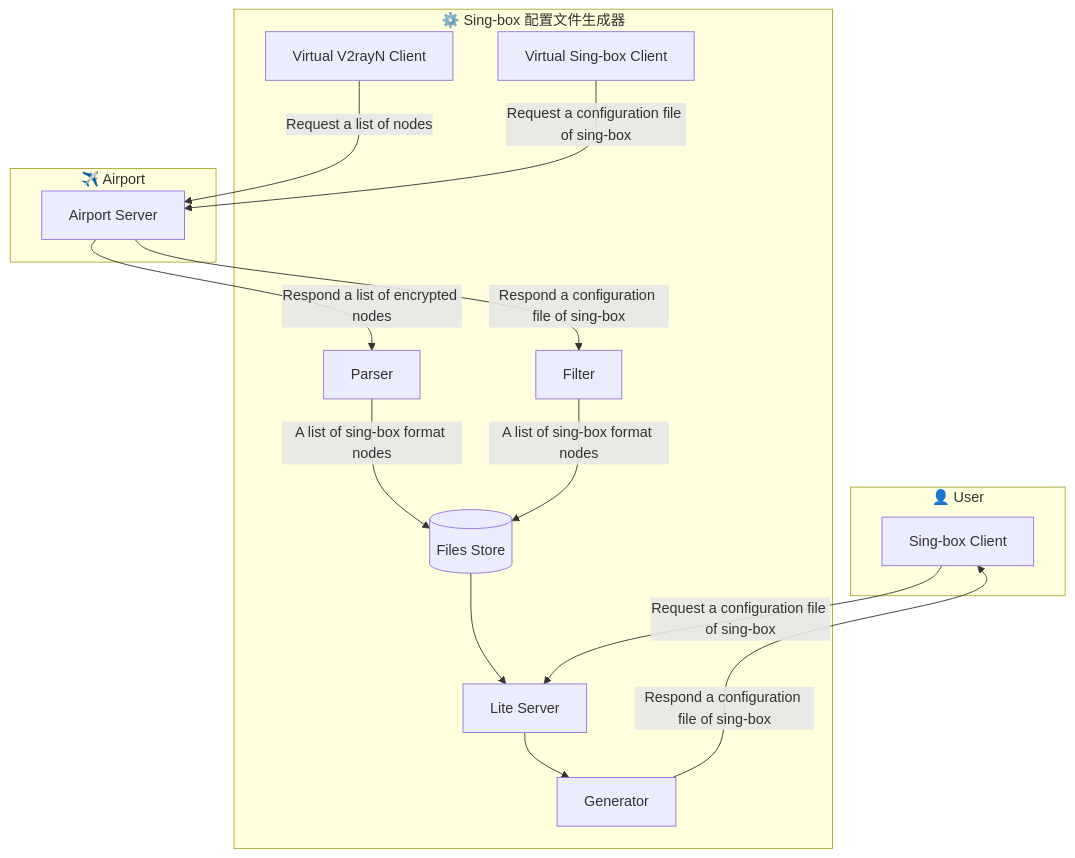
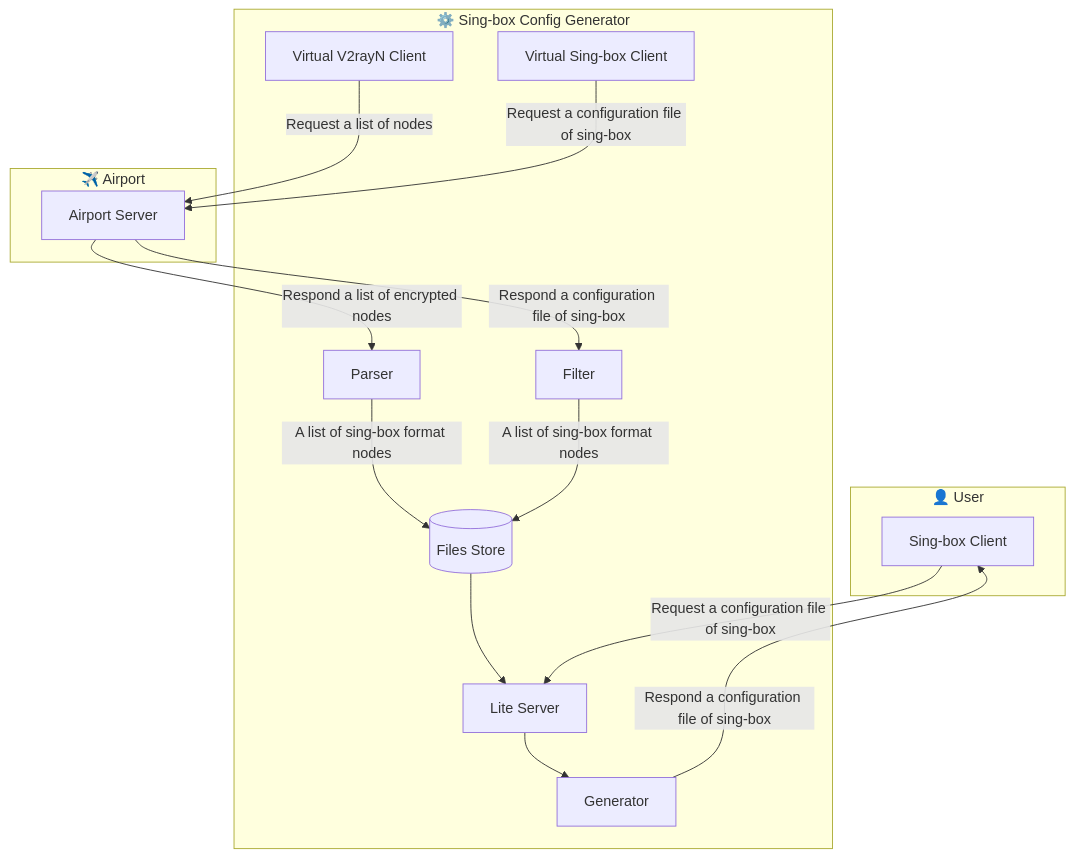
Before and after one commit to JJ-Jacko/sb_cfg_gen: the diagram in README.md, drawn with Mermaid.

Commit message:
fix(README_en): Omitted translate.

````diff
--- a/README.md
+++ b/README.md
@@ -19,34 +19,34 @@
 ```mermaid
 flowchart
     subgraph User["👤 User"]
         sb_client["Sing-box Client"]
     end
 
-    subgraph System["⚙️ Sing-box 配置文件生成器"]
+    subgraph System["⚙️ Sing-box Config Generator"]
         fake_v2rayn_client["Virtual V2rayN Client"]
         fake_sb_client["Virtual Sing-box Client"]
         parser["Parser"]
         filter["Filter"]
         store[(Files Store)]
         lite_server["Lite Server"]
         generator["Generator"]
     end
 
     subgraph Airport["✈️ Airport"]
         airport_server["Airport Server"]
     end
 
     fake_v2rayn_client -->|Request a list of nodes| airport_server
     fake_sb_client -->|Request a configuration file of sing-box| airport_server
 
     airport_server -->|Respond a list of encrypted nodes| parser
     airport_server -->|Respond a configuration file of sing-box| filter
 
     parser -->|A list of sing-box format nodes| store
     filter -->|A list of sing-box format nodes| store
 
     store --> lite_server
     sb_client -->|Request a configuration file of sing-box| lite_server
     lite_server --> generator
     generator -->|Respond a configuration file of sing-box| sb_client
 ```
````
